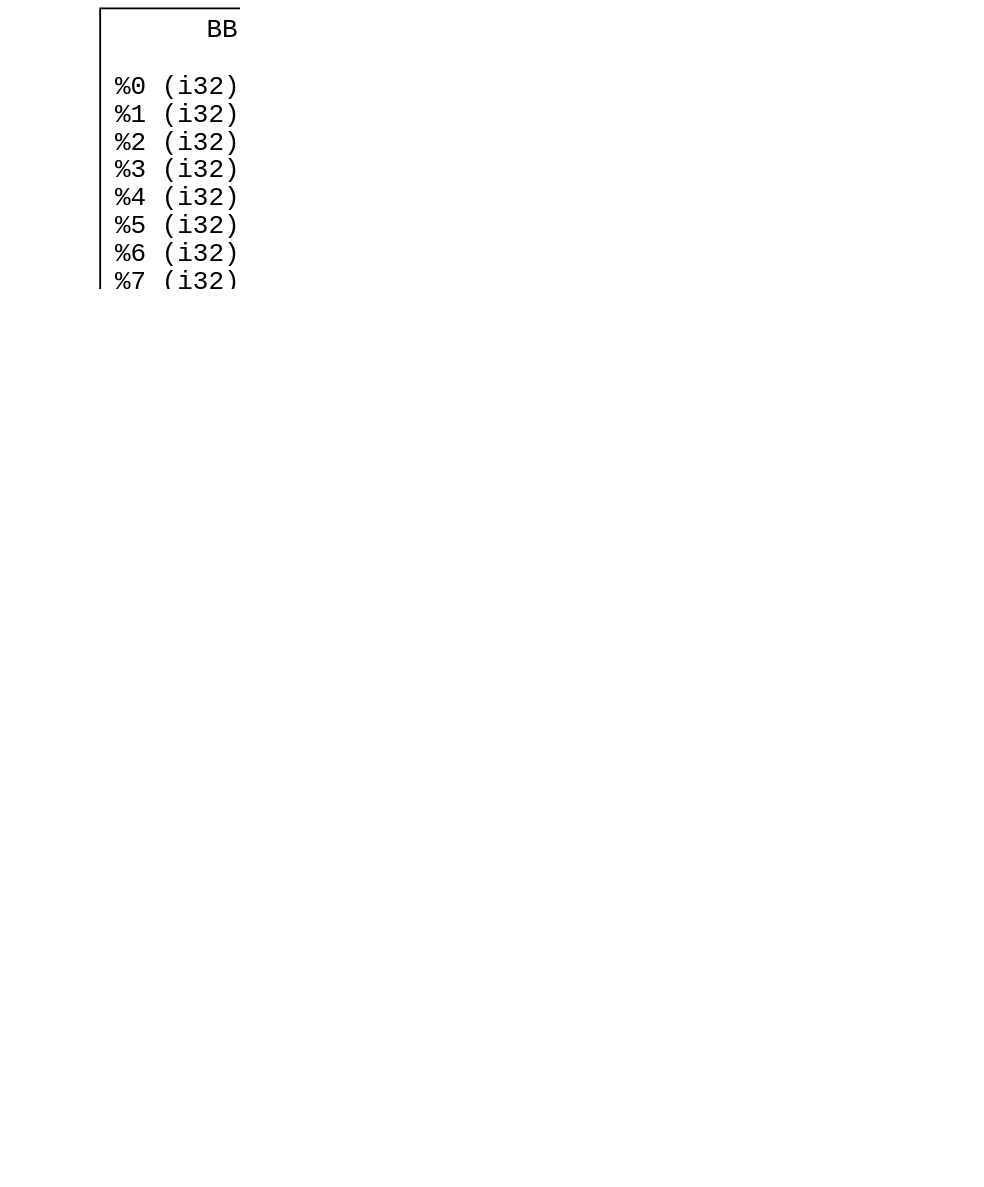
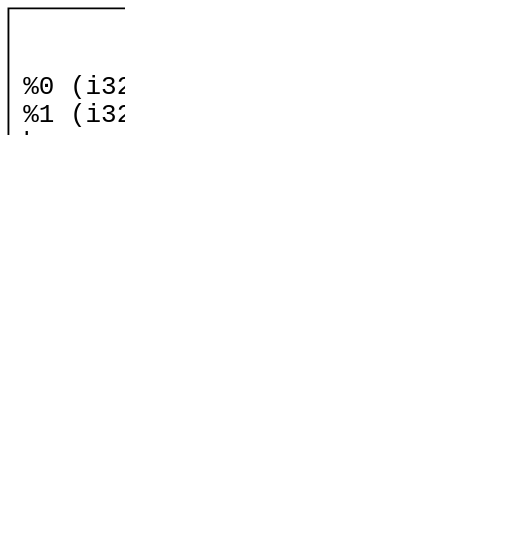
The diagram in cfg.gv (john-h-k/jcc), drawn with Graphviz before and after one commit. The commit also changed 23 other files, not shown here.

```diff
--- a/cfg.gv
+++ b/cfg.gv
@@ -1,31 +1,24 @@
 strict digraph {
     graph [dpi=300]
     "0"
     "0" [fontname=Courier] 
     "0" [shape=rect] 
     "0" [label="BB @ 000
 
-%0 (i32) = 7\l%1 (i32) = 301\l%2 (i32) = 2450\l%3 (i32) = 0\l%4 (i32) = %3 - %1\l%5 (i32) = 0\l%6 (i32) = %5 - %2\l%7 (i32) = %1 * %1\l%8 (i32) = 4\l%9 (i32) = %0 * %6\l%10 (i32) = %8 * %9\l%11 (i32) = %7 - %10\l%12 (i32) = 1\lbr @1\l"]
+%0 (i32) = 5\l%1 (i32) = 1\lbr.cond %1, TRUE(@1), FALSE(@2)\l"]
     "1"
     "1" [fontname=Courier] 
     "1" [shape=rect] 
     "1" [label="BB @ 001
 
-%17 (i32) = phi [ %11 ]\l%14 (i32) = phi [ %12, %23 ]\l%13 (i32) = phi [ %12, %23 ]\l%16 (i32) = %13 * %14\l%19 (i32) = %16 - %17\lbr.cond %19, TRUE(@2), FALSE(@3)\l"]
+%3 (i32) = 10\lbr @2\l"]
     "0" -> "1"
     "2"
     "2" [fontname=Courier] 
     "2" [shape=rect] 
     "2" [label="BB @ 002
 
-%21 (i32) = phi [ %12, %23 ]\l%22 (i32) = 1\l%23 (i32) = %21 + %22\lbr @1\l"]
-    "2" -> "1"
+%5 (i32) = phi [ %0, %3 ]\lreturn %5\l"]
+    "0" -> "2"
     "1" -> "2"
-    "3"
-    "3" [fontname=Courier] 
-    "3" [shape=rect] 
-    "3" [label="BB @ 003
-
-%34 (i32) = phi [ %0 ]\l%30 (i32) = phi [ %12, %23 ]\l%27 (i32) = phi [ %4 ]\l%26 (i32) = 0\l%29 (i32) = %26 - %27\l%32 (i32) = %29 + %29\l%33 (i32) = 2\l%36 (i32) = %33 * %34\l%37 (i32) = %32 s/ %36\lreturn %37\l"]
-    "1" -> "3"
 }
```
